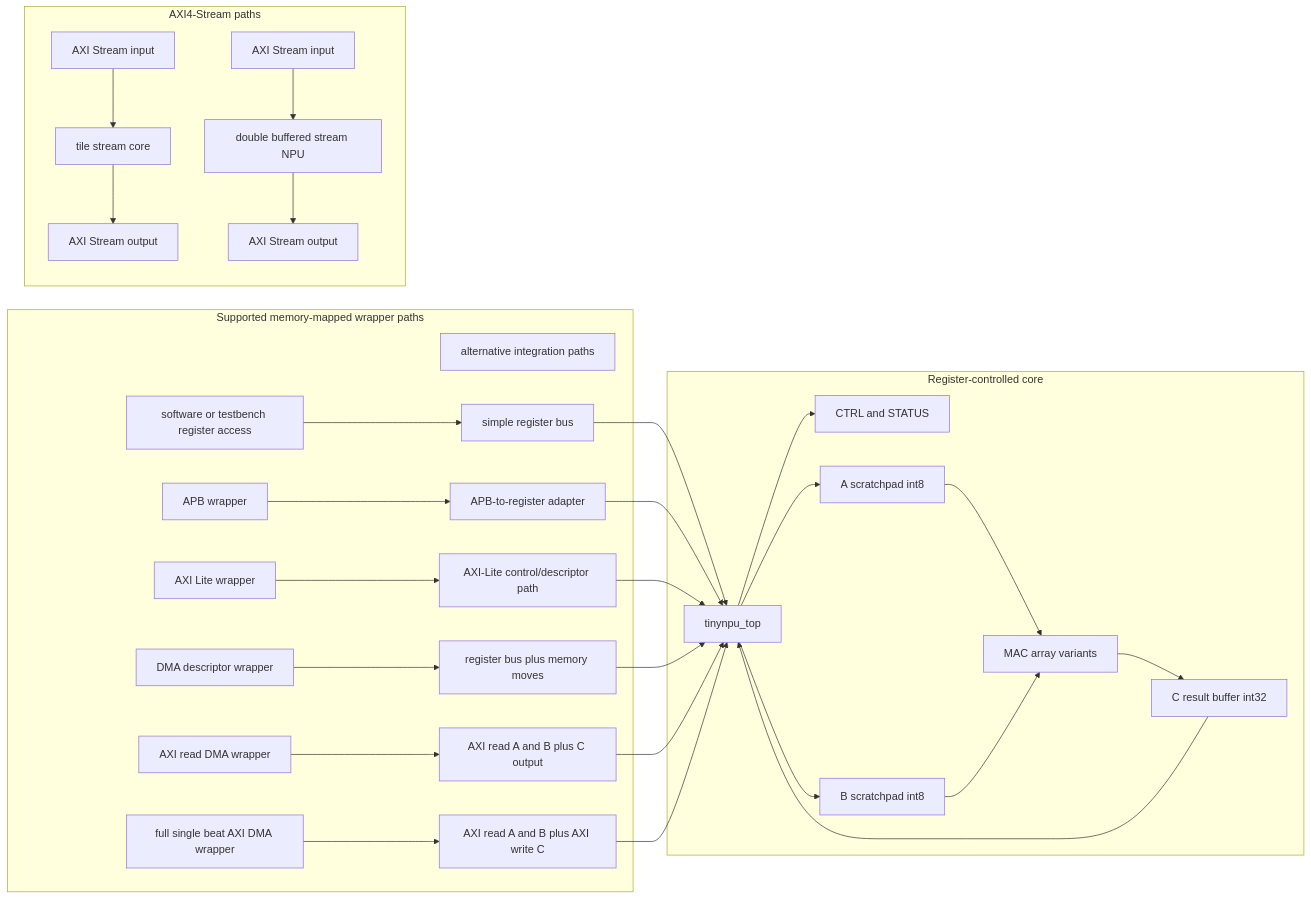
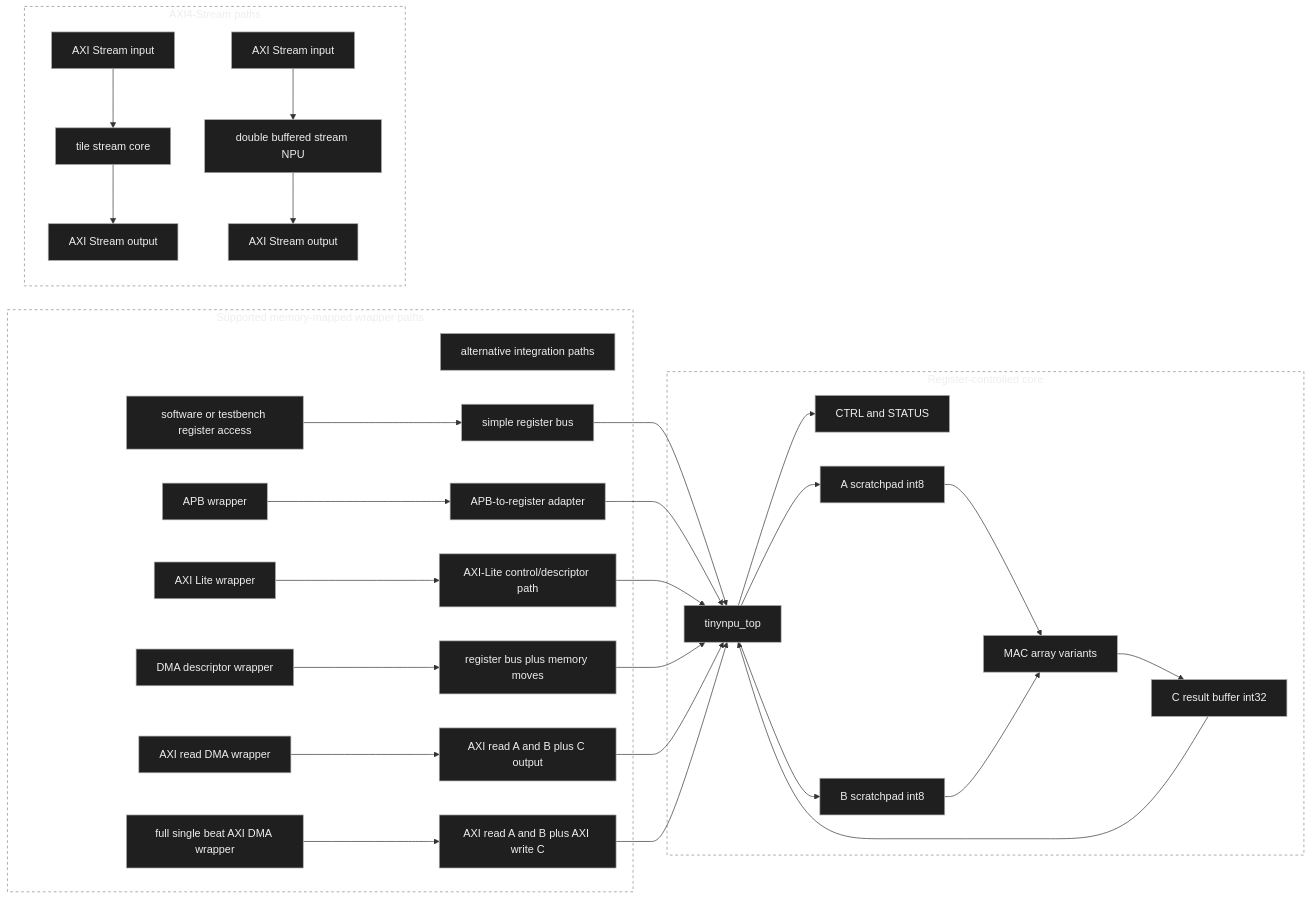
One commit to advaitParanjpe/tinyNPU changed the first of 2 diagrams in README.md. Above: the diagram before and after it, drawn with Mermaid.

Commit message:
Polish tinyNPU README diagrams

````diff
--- a/README.md
+++ b/README.md
@@ -27,42 +27,48 @@
 ```mermaid
 flowchart LR
   subgraph Core["Register-controlled core"]
     TOP["tinynpu_top"]
     CTRL["CTRL and STATUS"]
     A["A scratchpad int8"]
     B["B scratchpad int8"]
     MAC["MAC array variants"]
     C["C result buffer int32"]
     TOP --> CTRL
     TOP --> A
     TOP --> B
     A --> MAC
     B --> MAC
     MAC --> C
     C --> TOP
   end
 
   subgraph Wrappers["Supported memory-mapped wrapper paths"]
     WNOTE["alternative integration paths"]
     SW["software or testbench register access"] --> BUS["simple register bus"]
     APB["APB wrapper"] --> APBBUS["APB-to-register adapter"]
     AXIL["AXI Lite wrapper"] --> AXICTL["AXI-Lite control/descriptor path"]
     DESC["DMA descriptor wrapper"] --> DMABUS["register bus plus memory moves"]
     AXIRD["AXI read DMA wrapper"] --> AXIRDIO["AXI read A and B plus C output"]
     AXIDMA["full single beat AXI DMA wrapper"] --> AXIDMAIO["AXI read A and B plus AXI write C"]
   end
 
   BUS --> TOP
   APBBUS --> TOP
   AXICTL --> TOP
   DMABUS --> TOP
   AXIRDIO --> TOP
   AXIDMAIO --> TOP
 
   subgraph Streaming["AXI4-Stream paths"]
     SIN0["AXI Stream input"] --> TILE["tile stream core"]
     TILE --> SOUT0["AXI Stream output"]
     SIN1["AXI Stream input"] --> SNPU["double buffered stream NPU"]
     SNPU --> SOUT1["AXI Stream output"]
   end
+
+  classDef node fill:#1f1f1f,stroke:#aaaaaa,color:#eeeeee;
+  class TOP,CTRL,A,B,MAC,C,WNOTE,SW,BUS,APB,APBBUS,AXIL,AXICTL,DESC,DMABUS,AXIRD,AXIRDIO,AXIDMA,AXIDMAIO,SIN0,TILE,SOUT0,SIN1,SNPU,SOUT1 node;
+  style Core fill:transparent,stroke:#888888,stroke-dasharray:4 4,color:#eeeeee;
+  style Wrappers fill:transparent,stroke:#888888,stroke-dasharray:4 4,color:#eeeeee;
+  style Streaming fill:transparent,stroke:#888888,stroke-dasharray:4 4,color:#eeeeee;
 ```
````
